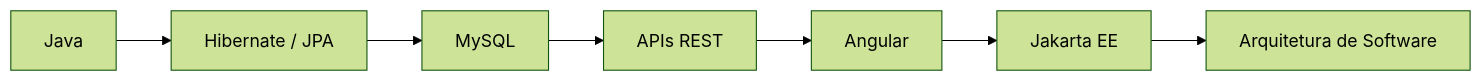
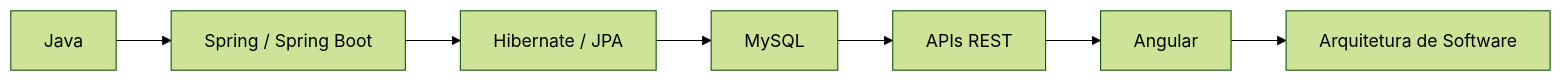
Before and after one commit to josegabrielprgm/josegabrielprgm: the diagram in README.md, drawn with Mermaid (forest theme). The commit also changed other lines of this file, not shown here.

````diff
--- a/README.md
+++ b/README.md
@@ -50,9 +38,9 @@
 ```mermaid
 graph LR
-    A[Java] --> B[Hibernate / JPA]
-    B --> C[MySQL]
-    C --> D[APIs REST]
-    D --> E[Angular]
-    E --> F[Jakarta EE]
+    A[Java] --> B[Spring / Spring Boot]
+    B --> C[Hibernate / JPA]
+    C --> D[MySQL]
+    D --> E[APIs REST]
+    E --> F[Angular]
     F --> G[Arquitetura de Software]
 ```
````
